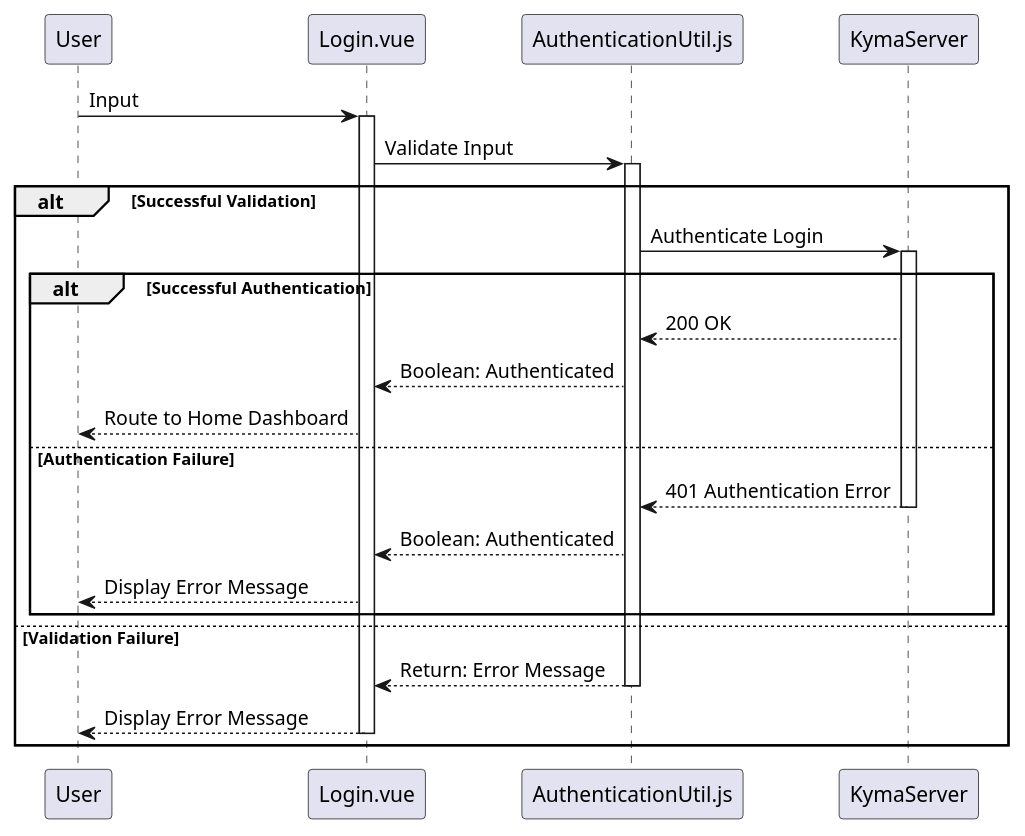
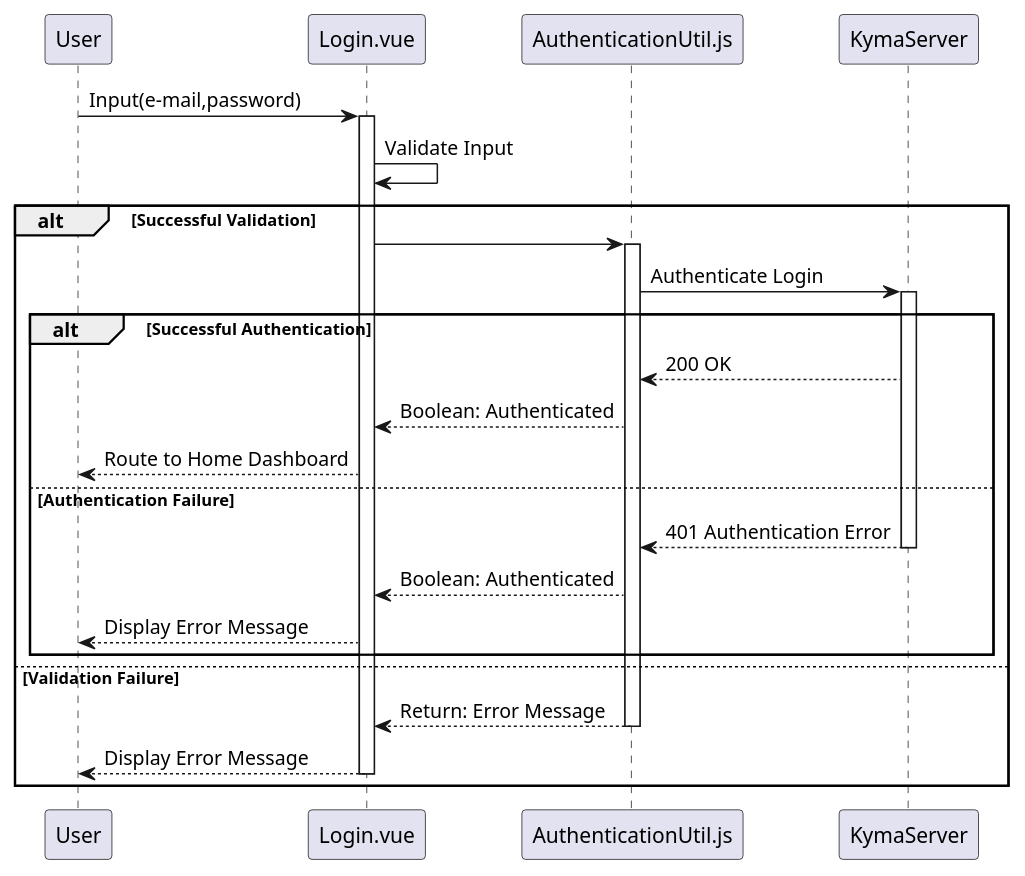
The diagram in Models/Login.puml (kyma-as/api-dashboard), drawn with PlantUML before and after one commit. The commit also changed 1 other file, not shown here.

Commit message:
Made changes to csv and login sequence diagrams

```diff
--- a/Models/Login.puml
+++ b/Models/Login.puml
@@ -1,32 +1,33 @@
 @startuml
-User->Login.vue:Input
+User->Login.vue:Input(e-mail,password)
 activate Login.vue
 
-Login.vue->AuthenticationUtil.js:Validate Input
-activate AuthenticationUtil.js
+Login.vue->Login.vue:Validate Input
 
 alt Successful Validation
+Login.vue->AuthenticationUtil.js
+activate AuthenticationUtil.js
 
  AuthenticationUtil.js->KymaServer:Authenticate Login
  activate KymaServer
  alt Successful Authentication
 
   KymaServer-->AuthenticationUtil.js: 200 OK
   AuthenticationUtil.js-->Login.vue:Boolean: Authenticated
   Login.vue-->User:Route to Home Dashboard
  else Authentication Failure
 
   KymaServer-->AuthenticationUtil.js: 401 Authentication Error
   deactivate KymaServer
   AuthenticationUtil.js-->Login.vue:Boolean: Authenticated
   Login.vue-->User:Display Error Message
   end
 
 else Validation Failure
 
  AuthenticationUtil.js-->Login.vue: Return: Error Message
  deactivate AuthenticationUtil.js
  Login.vue-->User:Display Error Message
  deactivate Login.vue
  end
 @enduml
```
